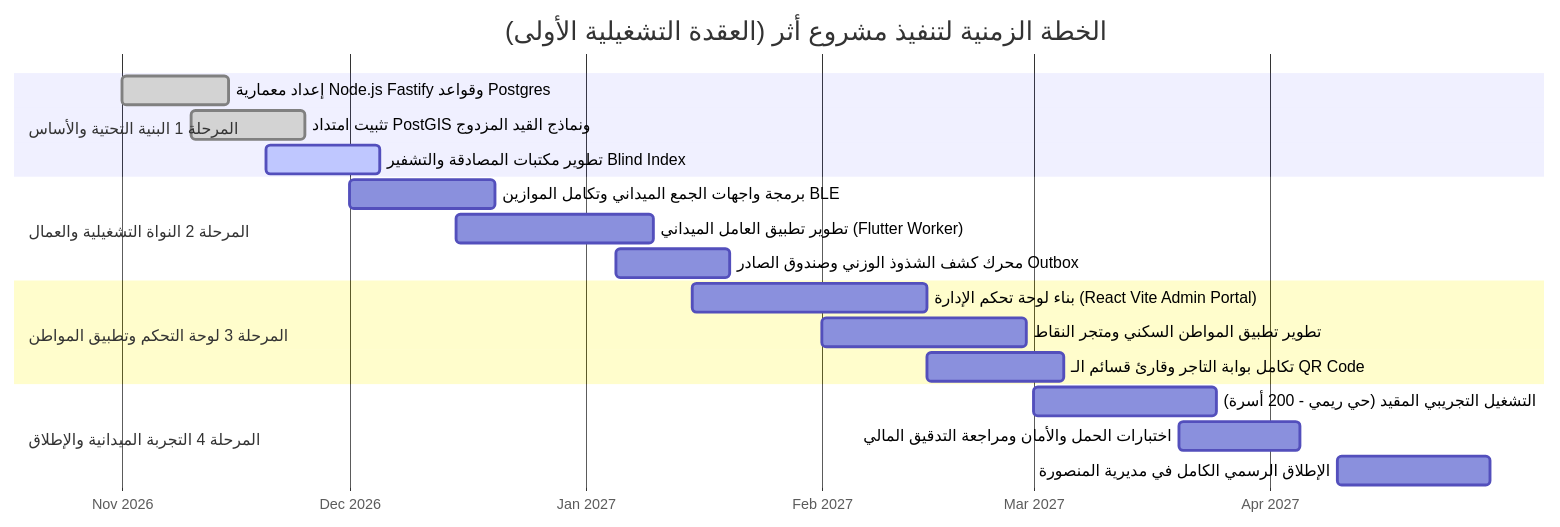
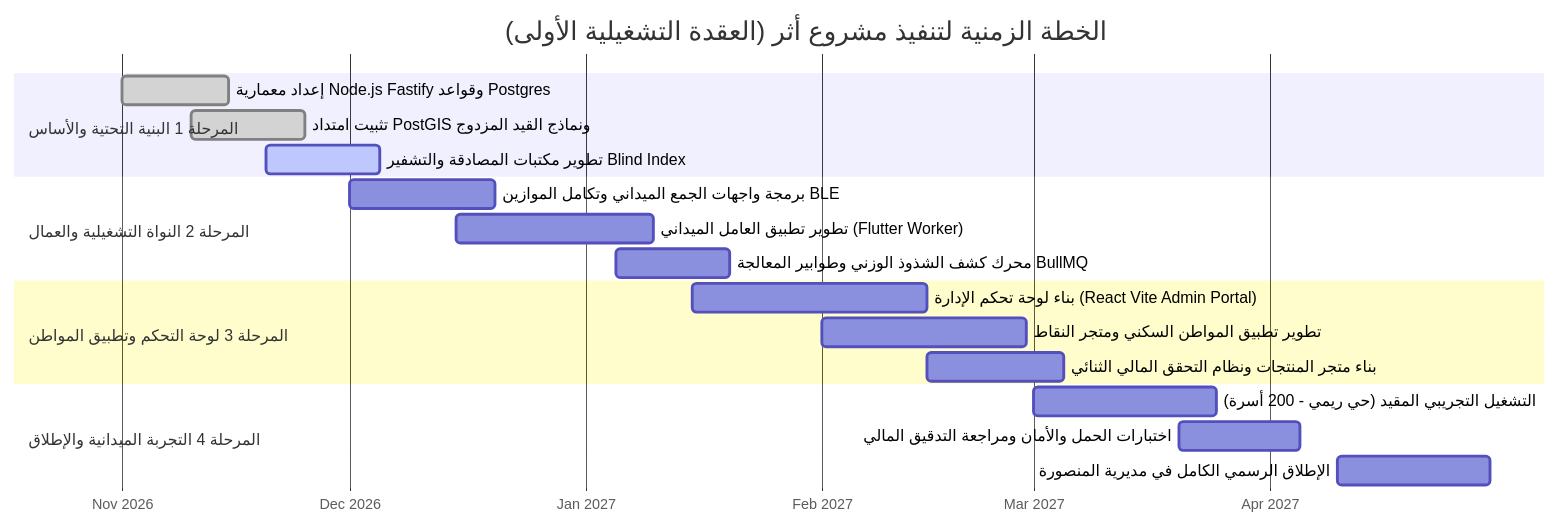
One commit to A-S-Y/Athar changed the first of 2 diagrams in docs/04-specifications/roadmap.md. Above: the diagram before and after it, drawn with Mermaid. The commit also changed other lines of this file and 27 other files, not shown here.

Commit message:
refactor: revert merchant escrow and outbox pattern to two-step store and direct background workers

````diff
--- a/docs/04-specifications/roadmap.md
+++ b/docs/04-specifications/roadmap.md
@@ -10,26 +10,26 @@
 ```mermaid
 gantt
     title الخطة الزمنية لتنفيذ مشروع أثر (العقدة التشغيلية الأولى)
     dateFormat  YYYY-MM-DD
     axisFormat  %b %Y
 
     section المرحلة 1 البنية التحتية والأساس
     إعداد معمارية Node.js Fastify وقواعد Postgres :done, m1_arch, 2026-11-01, 2026-11-15
     تثبيت امتداد PostGIS ونماذج القيد المزدوج      :done, m1_db,   2026-11-10, 2026-11-25
     تطوير مكتبات المصادقة والتشفير Blind Index   :active, m1_sec, 2026-11-20, 2026-12-05
 
     section المرحلة 2 النواة التشغيلية والعمال
     برمجة واجهات الجمع الميداني وتكامل الموازين BLE :m2_scale, 2026-12-01, 2026-12-20
     تطوير تطبيق العامل الميداني (Flutter Worker)     :m2_app,   2026-12-15, 2027-01-10
-    محرك كشف الشذوذ الوزني وصندوق الصادر Outbox      :m2_engine, 2027-01-05, 2027-01-20
+    محرك كشف الشذوذ الوزني وطوابير المعالجة BullMQ  :m2_engine, 2027-01-05, 2027-01-20
 
     section المرحلة 3 لوحة التحكم وتطبيق المواطن
     بناء لوحة تحكم الإدارة (React Vite Admin Portal) :m3_admin, 2027-01-15, 2027-02-15
     تطوير تطبيق المواطن السكني ومتجر النقاط          :m3_res,   2027-02-01, 2027-02-28
-    تكامل بوابة التاجر وقارئ قسائم الـ QR Code       :m3_merch, 2027-02-15, 2027-03-05
+    بناء متجر المنتجات ونظام التحقق المالي الثنائي   :m3_store, 2027-02-15, 2027-03-05
 
     section المرحلة 4 التجربة الميدانية والإطلاق
     التشغيل التجريبي المقيد (حي ريمي - 200 أسرة)    :m4_pilot, 2027-03-01, 2027-03-25
     اختبارات الحمل والأمان ومراجعة التدقيق المالي   :m4_audit, 2027-03-20, 2027-04-05
     الإطلاق الرسمي الكامل في مديرية المنصورة         :m4_launch, 2027-04-10, 2027-04-30
 ```
````
